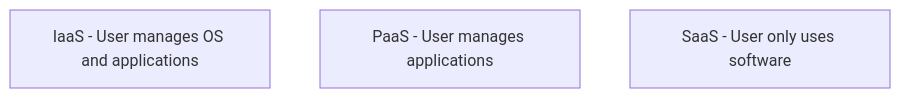
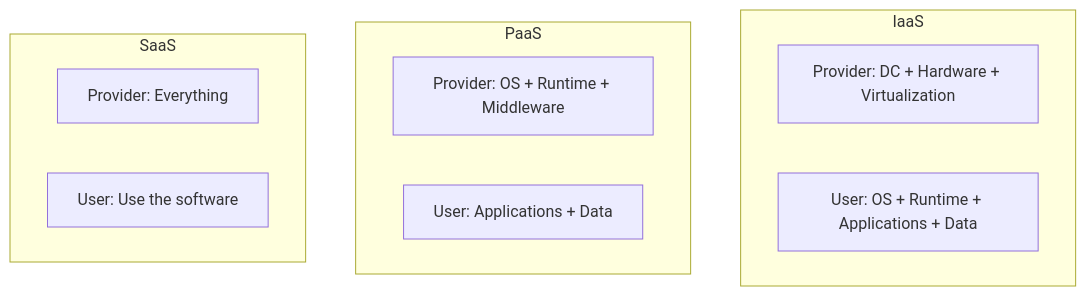
The second of 3 diagrams in chapters/01-diving-into-huawei-cloud.md (ReemNabil1/Huawei-HCCDA-Notes), drawn with Mermaid before and after one commit. The commit also changed other lines of this file, not shown here.

````diff
--- a/chapters/01-diving-into-huawei-cloud.md
+++ b/chapters/01-diving-into-huawei-cloud.md
@@ -58,6 +60,17 @@
 ```mermaid
 flowchart TB
-  IaaS[IaaS - User manages OS and applications]
-  PaaS[PaaS - User manages applications]
-  SaaS[SaaS - User only uses software]
+  subgraph IaaS[IaaS]
+    I1[Provider: DC + Hardware + Virtualization]
+    I2[User: OS + Runtime + Applications + Data]
+  end
+
+  subgraph PaaS[PaaS]
+    P1[Provider: OS + Runtime + Middleware]
+    P2[User: Applications + Data]
+  end
+
+  subgraph SaaS[SaaS]
+    S1[Provider: Everything]
+    S2[User: Use the software]
+  end
 ```
````
